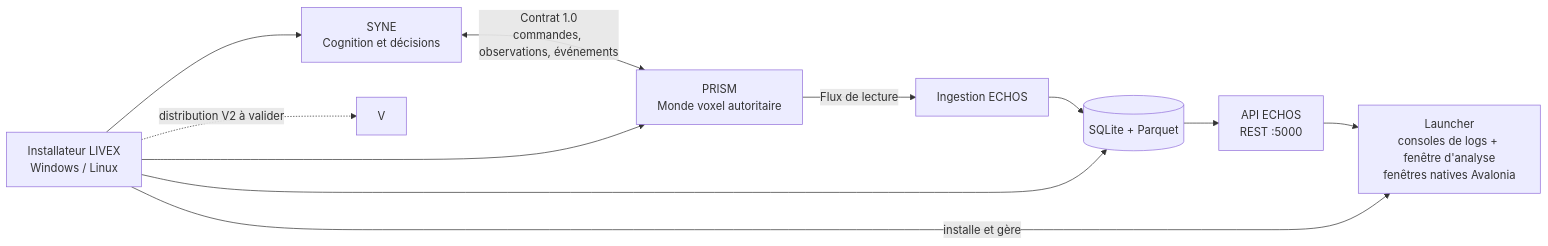
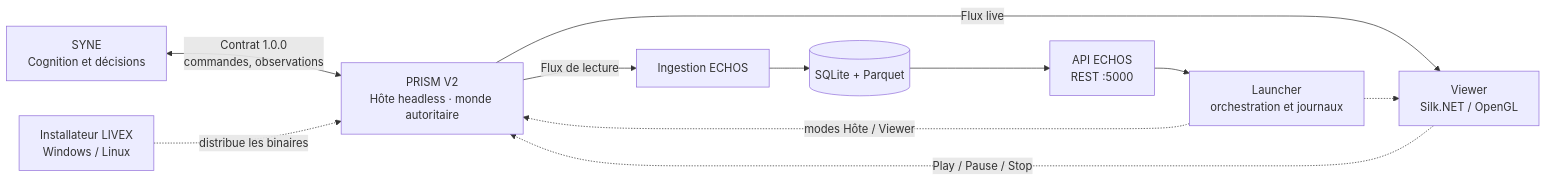
One commit to donovan-dev-web/LIVEX changed the diagram in README.md. Above: the diagram before and after it, drawn with Mermaid. The commit also changed other lines of this file and 228 other files, not shown here.

````diff
--- a/README.md
+++ b/README.md
@@ -74,13 +98,13 @@
 ```mermaid
 flowchart LR
-    S[SYNE<br/>Cognition et décisions] <-->|Contrat 1.0<br/>commandes, observations, événements| P[PRISM<br/>Monde voxel autoritaire]
+    S[SYNE<br/>Cognition et décisions] <-->|Contrat 1.0.0<br/>commandes, observations| P[PRISM V2<br/>Hôte headless · monde autoritaire]
     P -->|Flux de lecture| I[Ingestion ECHOS]
     I --> D[(SQLite + Parquet)]
     D --> A[API ECHOS<br/>REST :5000]
-    A --> U[Launcher<br/>consoles de logs + fenêtre d'analyse<br/>fenêtres natives Avalonia]
-    INSTALL[Installateur LIVEX<br/>Windows / Linux] -->|installe et gère| U
-    INSTALL --> S
-    INSTALL --> D
-    INSTALL --> P
-    INSTALL -.->|distribution V2 à valider| V
+    A --> U[Launcher<br/>orchestration et journaux]
+    P -->|Flux live| V[Viewer<br/>Silk.NET / OpenGL]
+    V -.->|Play / Pause / Stop| P
+    U -.->|modes Hôte / Viewer| P
+    U -.-> V
+    INSTALL[Installateur LIVEX<br/>Windows / Linux] -.->|distribue les binaires| P
 ```
````
